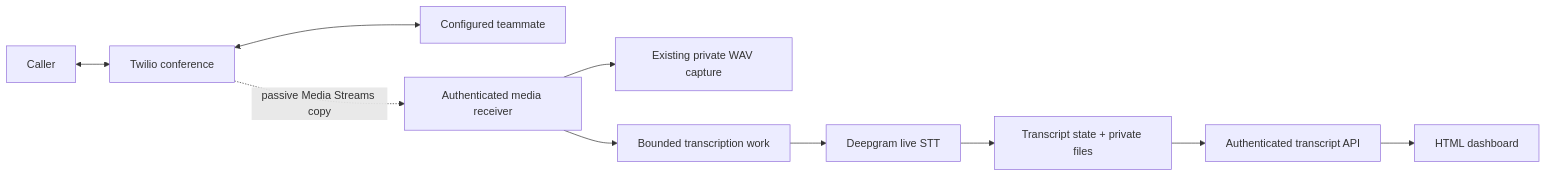
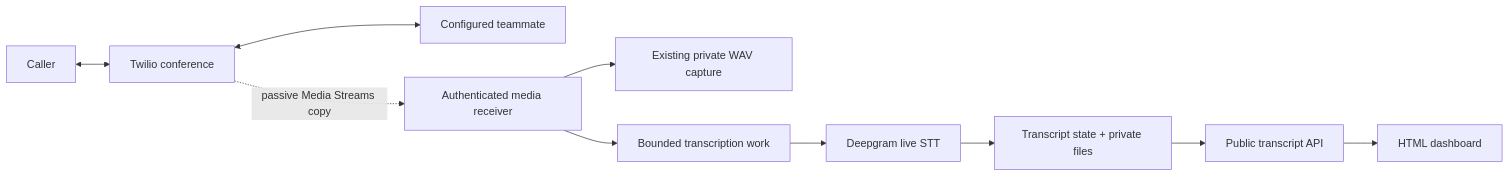
The diagram in docs/BUILD_3.md (jimmmmmmmmmmmy/Phoney), drawn with Mermaid before and after one commit. The commit also changed other lines of this file and 27 other files, not shown here.

````diff
--- a/docs/BUILD_3.md
+++ b/docs/BUILD_3.md
@@ -27,12 +29,12 @@
 ```mermaid
 flowchart LR
     C[Caller] <--> T[Twilio conference]
     T <--> O[Configured teammate]
     T -. passive Media Streams copy .-> M[Authenticated media receiver]
     M --> R[Existing private WAV capture]
     M --> Q[Bounded transcription work]
     Q --> D[Deepgram live STT]
     D --> S[Transcript state + private files]
-    S --> A[Authenticated transcript API]
+    S --> A[Public transcript API]
     A --> H[HTML dashboard]
 ```
````
